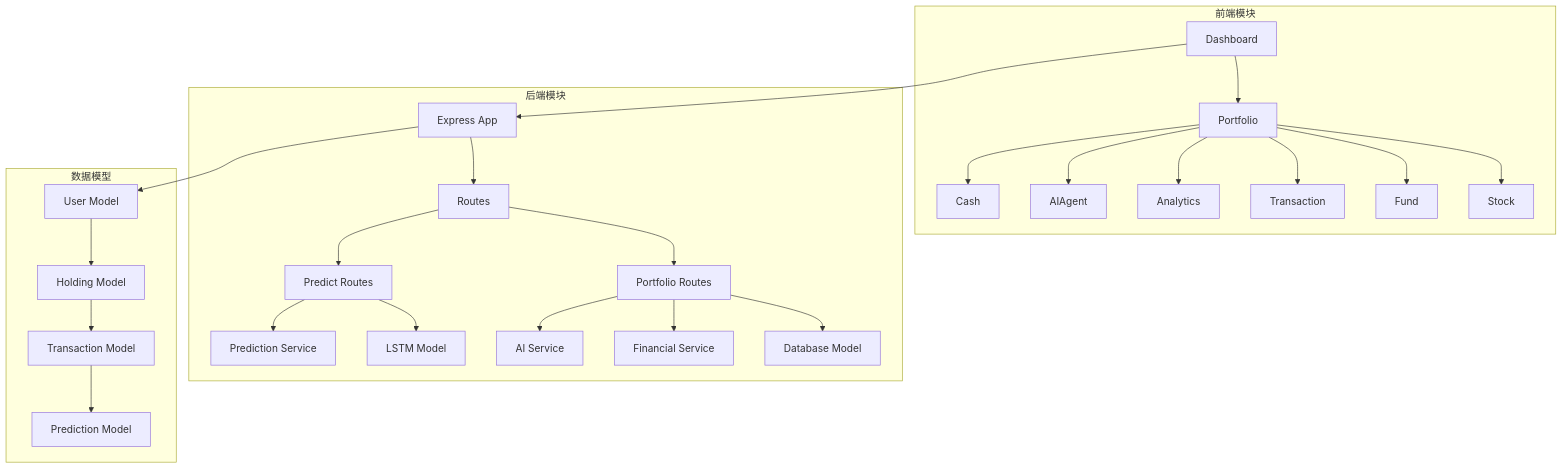
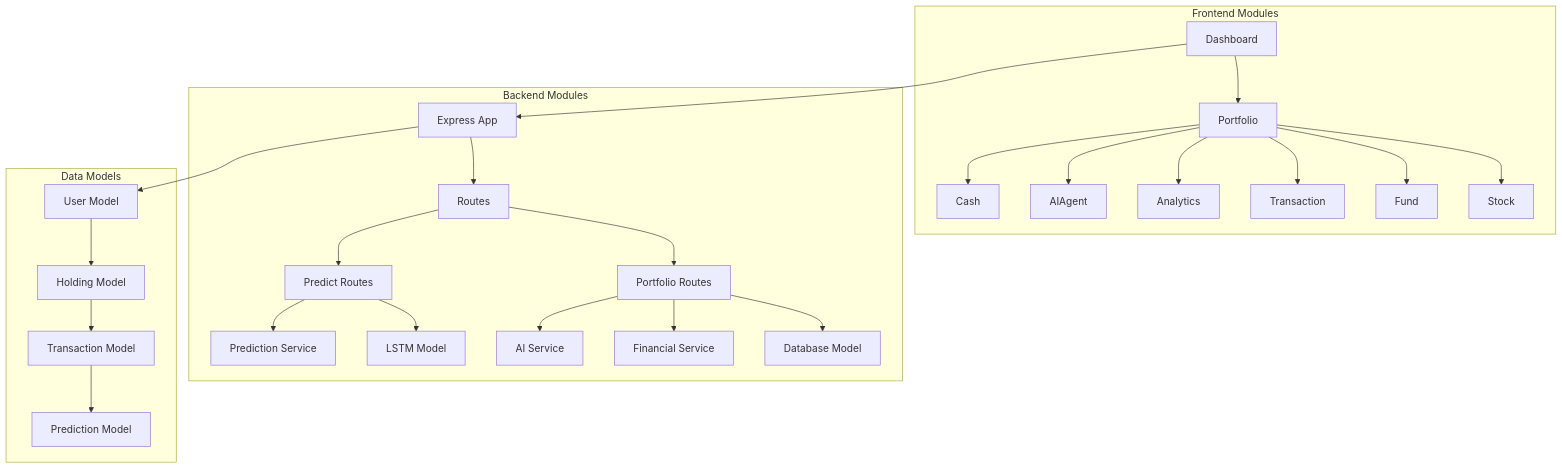
Before and after one commit to CDKStudy/Portfolio_Manager: the fourth of 5 diagrams in backend/architecture.md, drawn with Mermaid. The commit also changed other lines of this file, not shown here.

````diff
--- a/backend/architecture.md
+++ b/backend/architecture.md
@@ -157,34 +157,34 @@
 ```mermaid
 graph TD
-    subgraph "前端模块"
+    subgraph "Frontend Modules"
         A[Dashboard] --> B[Portfolio]
         B --> C[Stock]
         B --> D[Fund]
         B --> E[Transaction]
         B --> F[Analytics]
         B --> G[AIAgent]
         B --> H[Cash]
     end
 
-    subgraph "后端模块"
+    subgraph "Backend Modules"
         I[Express App] --> J[Routes]
         J --> K[Portfolio Routes]
         J --> L[Predict Routes]
         
         K --> M[Database Model]
         K --> N[Financial Service]
         K --> O[AI Service]
         
         L --> P[LSTM Model]
         L --> Q[Prediction Service]
     end
 
-    subgraph "数据模型"
+    subgraph "Data Models"
         R[User Model] --> S[Holding Model]
         S --> T[Transaction Model]
         T --> U[Prediction Model]
     end
 
     A --> I
     I --> R
 ```
````
